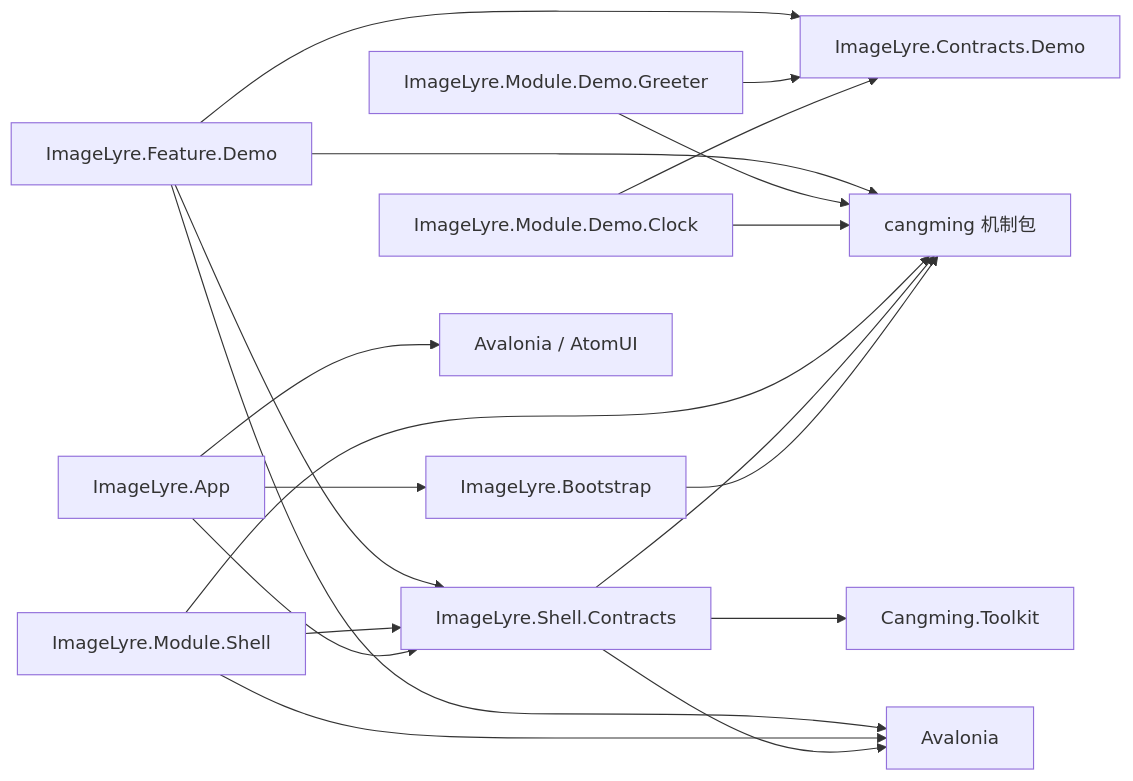
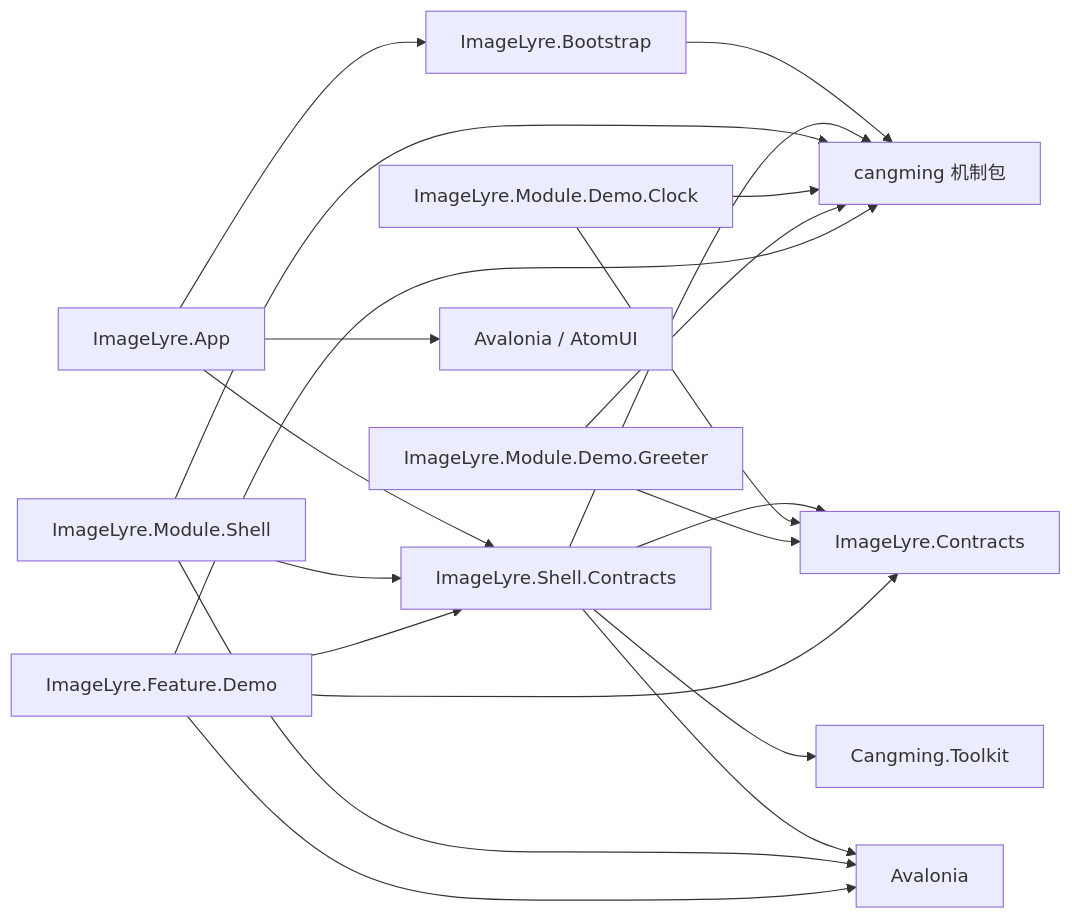
Before and after one commit to xknife-erian/ImageLyre: the first of 2 diagrams in docs/design/lukan/DESIGN-0001-M1-插件骨架.md, drawn with Mermaid. The commit also changed other lines of this file, not shown here.

````diff
--- a/docs/design/lukan/DESIGN-0001-M1-插件骨架.md
+++ b/docs/design/lukan/DESIGN-0001-M1-插件骨架.md
@@ -58,30 +59,31 @@
 ```mermaid
 flowchart LR
     BOOT["ImageLyre.Bootstrap"]
     APP["ImageLyre.App"]
     SC["ImageLyre.Shell.Contracts"]
-    DC["ImageLyre.Contracts.Demo"]
+    DC["ImageLyre.Contracts"]
     MS["ImageLyre.Module.Shell"]
     MC["ImageLyre.Module.Demo.Clock"]
     MG["ImageLyre.Module.Demo.Greeter"]
     FD["ImageLyre.Feature.Demo"]
 
     APP --> BOOT
     APP --> SC
     APP --> AV["Avalonia / AtomUI"]
     BOOT --> CM["cangming 机制包"]
     SC --> CM
+    SC --> DC
     SC --> TK["Cangming.Toolkit"]
     SC --> AVL["Avalonia"]
     MS --> SC
     MS --> CM
     MS --> AVL
     MC --> DC
     MC --> CM
     MG --> DC
     MG --> CM
     FD --> SC
     FD --> DC
     FD --> CM
     FD --> AVL
 ```
````
